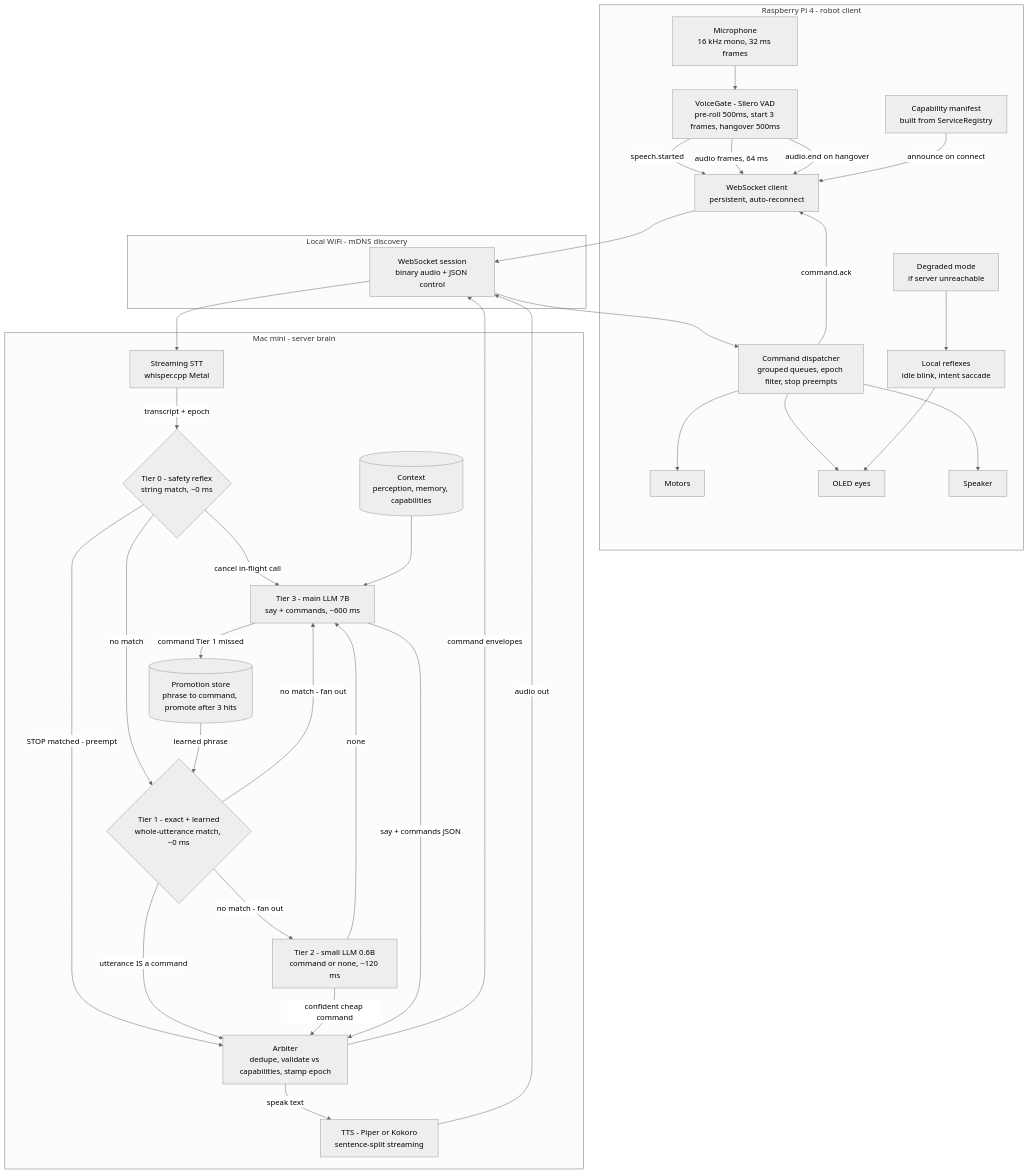
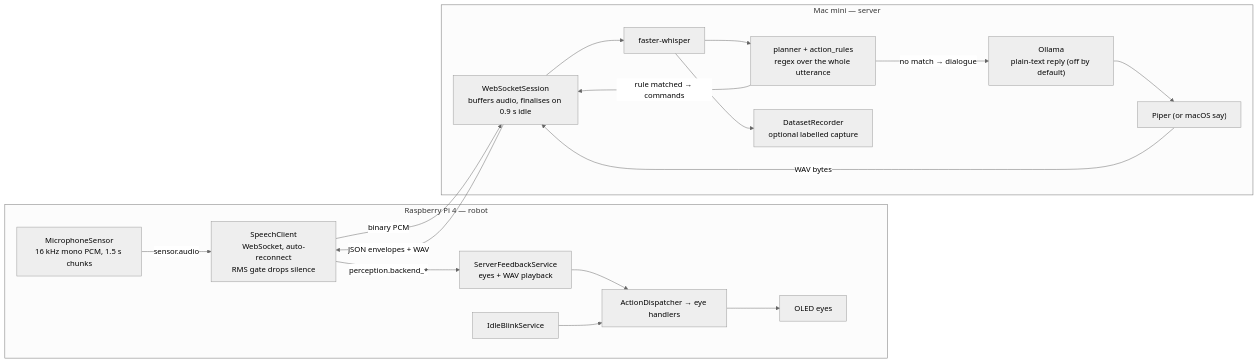
One commit to Vlad-Andres/companion-robot-eva changed the diagram in docs/architecture.md. Above: the diagram before and after it, drawn with Mermaid (neutral theme). The commit also changed other lines of this file and 5 other files, not shown here.

````diff
--- a/docs/architecture.md
+++ b/docs/architecture.md
@@ -13,67 +19,36 @@
 ```mermaid
-flowchart TD
+flowchart LR
 
-  subgraph PI["Raspberry Pi 4 - robot client"]
-    MIC["Microphone<br/>16 kHz mono, 32 ms frames"]
-    VAD["VoiceGate - Silero VAD<br/>pre-roll 500ms, start 3 frames, hangover 500ms"]
-    CAP["Capability manifest<br/>built from ServiceRegistry"]
-    WSC["WebSocket client<br/>persistent, auto-reconnect"]
-    DISP["Command dispatcher<br/>grouped queues, epoch filter, stop preempts"]
-    MOT["Motors"]
+  subgraph PI["Raspberry Pi 4 — robot"]
+    MIC["MicrophoneSensor<br/>16 kHz mono PCM, 1.5 s chunks"]
+    SC["SpeechClient<br/>WebSocket, auto-reconnect<br/>RMS gate drops silence"]
+    FB["ServerFeedbackService<br/>eyes + WAV playback"]
+    DISP["ActionDispatcher → eye handlers"]
     EYE["OLED eyes"]
-    SPK["Speaker"]
-    REF["Local reflexes<br/>idle blink, intent saccade"]
-    DEG["Degraded mode<br/>if server unreachable"]
+    BLINK["IdleBlinkService"]
   end
 
-  subgraph NET["Local WiFi - mDNS discovery"]
-    WS["WebSocket session<br/>binary audio + JSON control"]
+  subgraph MAC["Mac mini — server"]
+    WS["WebSocketSession<br/>buffers audio, finalises on 0.9 s idle"]
+    STT["faster-whisper"]
+    PLAN["planner + action_rules<br/>regex over the whole utterance"]
+    LLM["Ollama<br/>plain-text reply (off by default)"]
+    TTS["Piper (or macOS say)"]
+    REC["DatasetRecorder<br/>optional labelled capture"]
   end
 
-  subgraph MAC["Mac mini - server brain"]
-    STT["Streaming STT<br/>whisper.cpp Metal"]
-    T0{"Tier 0 - safety reflex<br/>string match, ~0 ms"}
-    T1{"Tier 1 - exact + learned<br/>whole-utterance match, ~0 ms"}
-    T2["Tier 2 - small LLM 0.6B<br/>command or none, ~120 ms"]
-    T3["Tier 3 - main LLM 7B<br/>say + commands, ~600 ms"]
-    ARB["Arbiter<br/>dedupe, validate vs capabilities, stamp epoch"]
-    PROMO[("Promotion store<br/>phrase to command, promote after 3 hits")]
-    CTX[("Context<br/>perception, memory, capabilities")]
-    TTS["TTS - Piper or Kokoro<br/>sentence-split streaming"]
-  end
-
-  MIC --> VAD
-  VAD -->|"speech.started"| WSC
-  VAD -->|"audio frames, 64 ms"| WSC
-  VAD -->|"audio.end on hangover"| WSC
-  CAP -->|"announce on connect"| WSC
-  WSC --> WS
+  MIC -->|"sensor.audio"| SC
+  SC -->|"binary PCM"| WS
   WS --> STT
-
-  STT -->|"transcript + epoch"| T0
-  T0 -->|"STOP matched - preempt"| ARB
-  T0 -->|"cancel in-flight call"| T3
-  T0 -->|"no match"| T1
-  T1 -->|"utterance IS a command"| ARB
-  T1 -->|"no match - fan out"| T2
-  T1 -->|"no match - fan out"| T3
-
-  T2 -->|"confident cheap command"| ARB
-  T2 -->|"none"| T3
-  CTX --> T3
-  T3 -->|"say + commands JSON"| ARB
-  T3 -->|"command Tier 1 missed"| PROMO
-  PROMO -->|"learned phrase"| T1
-
-  ARB -->|"speak text"| TTS
-  ARB -->|"command envelopes"| WS
-  TTS -->|"audio out"| WS
-
-  WS --> DISP
-  DISP --> MOT
+  STT --> PLAN
+  STT --> REC
+  PLAN -->|"rule matched → commands"| WS
+  PLAN -->|"no match → dialogue"| LLM
+  LLM --> TTS
+  TTS -->|"WAV bytes"| WS
+  WS -->|"JSON envelopes + WAV"| SC
+  SC -->|"perception.backend_*"| FB
+  FB --> DISP
   DISP --> EYE
-  DISP --> SPK
-  DISP -->|"command.ack"| WSC
-  REF --> EYE
-  DEG --> REF
+  BLINK --> DISP
 ```
````
